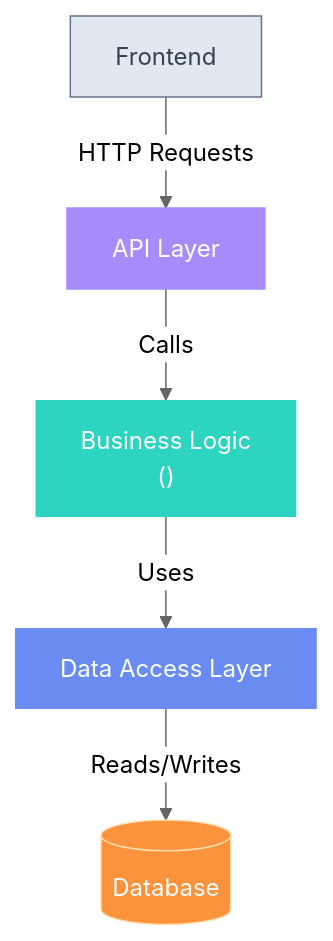
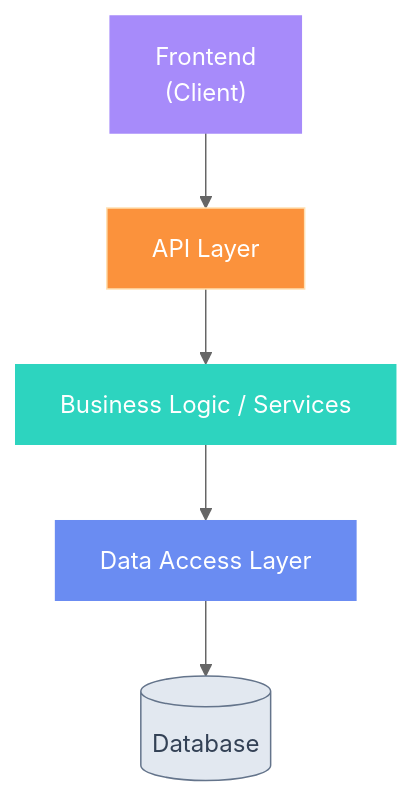
The diagram in README.md (reginaleis/isef01-lernzeit-manager), drawn with Mermaid (neutral theme) before and after one commit. The commit also changed other lines of this file and 18 other files, not shown here.

````diff
--- a/README.md
+++ b/README.md
@@ -35,13 +35,19 @@
 ```mermaid
 flowchart TB
-    Frontend["Frontend"] -- HTTP Requests --> APILayer
-    APILayer["API Layer"] -- Calls --> ServiceLayer["Business Logic<br>()"]
-    ServiceLayer -- Uses --> DataAccessLayer["Data Access Layer"]
-    DataAccessLayer -- Reads/Writes --> Database[("Database")]
+    API["API Layer"]
+    Services["Business Logic / Services"]
+    DAL["Data Access Layer"]
+    Frontend["Frontend<br>(Client)"]
+    Database[("Database")]
 
-    style Frontend color:#334155,fill:#e2e8f0,stroke:#64748b
-    style APILayer color:#ffffff,fill:#a78bfa,stroke:#a78bfa
-    style ServiceLayer color:#ffffff,stroke-width:0px,stroke-dasharray:0,fill:#2dd4bf
-    style DataAccessLayer color:#ffffff,fill:#6a8cf2,stroke-width:0px,stroke-dasharray:0
-    style Database color:#ffffff,fill:#fb923c,stroke:#FFE0B2
+    API --> Services
+    Services --> DAL
+    DAL --> Database
+    Frontend --> API
+
+    style Frontend color:#ffffff,fill:#a78bfa,stroke:#a78bfa
+    style Services color:#ffffff,stroke-width:0px,stroke-dasharray:0,fill:#2dd4bf
+    style DAL color:#ffffff,fill:#6a8cf2,stroke-width:0px,stroke-dasharray:0
+    style API color:#ffffff,fill:#fb923c,stroke:#FFE0B2
+    style Database color:#334155,fill:#e2e8f0,stroke:#64748b
 ```
````
